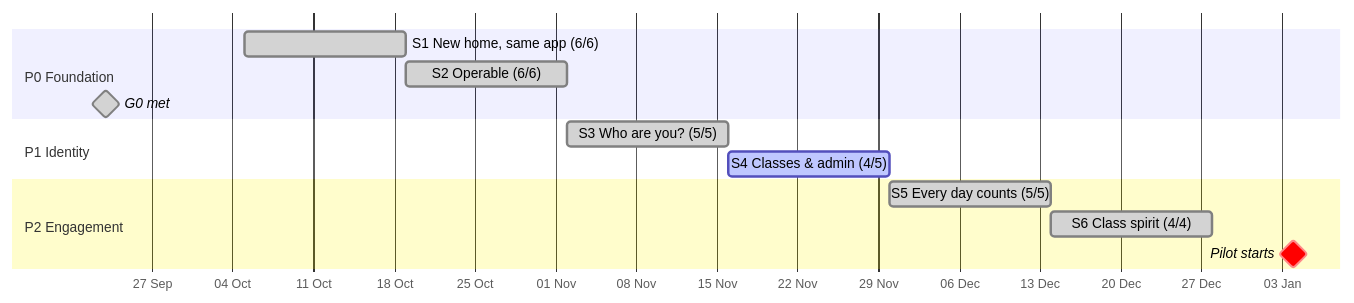
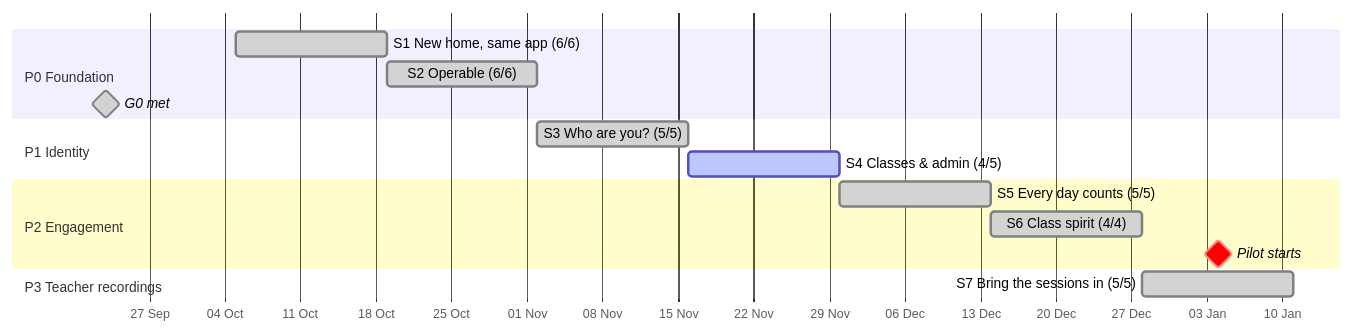
Before and after one commit to Sira-Labs/Suffa: the first of 2 diagrams in docs/plan/sprint-plan.md, drawn with Mermaid. The commit also changed other lines of this file and 3 other files, not shown here.

````diff
--- a/docs/plan/sprint-plan.md
+++ b/docs/plan/sprint-plan.md
@@ -17,17 +17,19 @@
 ```mermaid
 gantt
   dateFormat YYYY-MM-DD
   axisFormat %d %b
   todayMarker on
   section P0 Foundation
   S1 New home, same app (6/6)        :done, s1, 2026-10-05, 14d
   S2 Operable (6/6)                  :done, s2, after s1, 14d
   G0 met                             :milestone, done, g0, 2026-09-23, 0d
   section P1 Identity
   S3 Who are you? (5/5)              :done, s3, after s2, 14d
   S4 Classes & admin (4/5)          :active, s4, after s3, 14d
   section P2 Engagement
   S5 Every day counts (5/5)         :done, s5, after s4, 14d
   S6 Class spirit (4/4)             :done, s6, after s5, 14d
   Pilot starts                       :milestone, crit, pilot, 2027-01-04, 0d
+  section P3 Teacher recordings
+  S7 Bring the sessions in (5/5)    :done, s7, after s6, 14d
 ```
````
